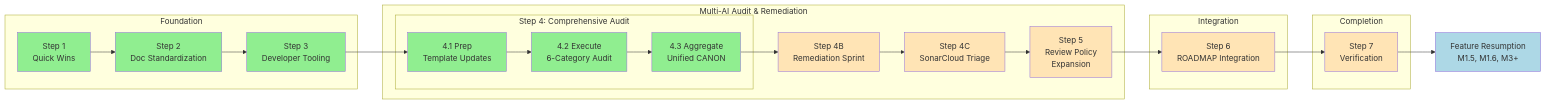
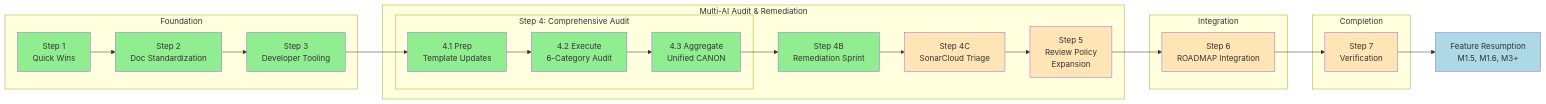
Before and after one commit to jasonmichaelbell78-creator/sonash-v0: the diagram in docs/INTEGRATED_IMPROVEMENT_PLAN.md, drawn with Mermaid. The commit also changed other lines of this file and 1 other file, not shown here.

````diff
--- a/docs/INTEGRATED_IMPROVEMENT_PLAN.md
+++ b/docs/INTEGRATED_IMPROVEMENT_PLAN.md
@@ -54,53 +53,53 @@
 ```mermaid
 flowchart LR
     subgraph Phase1["Foundation"]
         S1[Step 1\nQuick Wins]
         S2[Step 2\nDoc Standardization]
         S3[Step 3\nDeveloper Tooling]
     end
 
     subgraph Phase2["Multi-AI Audit & Remediation"]
         subgraph S4["Step 4: Comprehensive Audit"]
             S4a[4.1 Prep\nTemplate Updates]
             S4b[4.2 Execute\n6-Category Audit]
             S4c[4.3 Aggregate\nUnified CANON]
         end
         S4B[Step 4B\nRemediation Sprint]
         S4C[Step 4C\nSonarCloud Triage]
         S5[Step 5\nReview Policy\nExpansion]
     end
 
     subgraph Phase3["Integration"]
         S6[Step 6\nROADMAP Integration]
     end
 
     subgraph Phase4["Completion"]
         S7[Step 7\nVerification]
     end
 
     S1 --> S2
     S2 --> S3
     S3 --> S4a
     S4a --> S4b
     S4b --> S4c
     S4c --> S4B
     S4B --> S4C
     S4C --> S5
     S5 --> S6
     S6 --> S7
 
     S7 --> FR[Feature Resumption\nM1.5, M1.6, M3+]
 
     style S1 fill:#90EE90
     style S2 fill:#90EE90
     style S3 fill:#90EE90
     style S4a fill:#90EE90
     style S4b fill:#90EE90
     style S4c fill:#90EE90
-    style S4B fill:#FFE4B5
+    style S4B fill:#90EE90
     style S4C fill:#FFE4B5
     style S5 fill:#FFE4B5
     style S6 fill:#FFE4B5
     style S7 fill:#FFE4B5
     style FR fill:#ADD8E6
 ```
````
